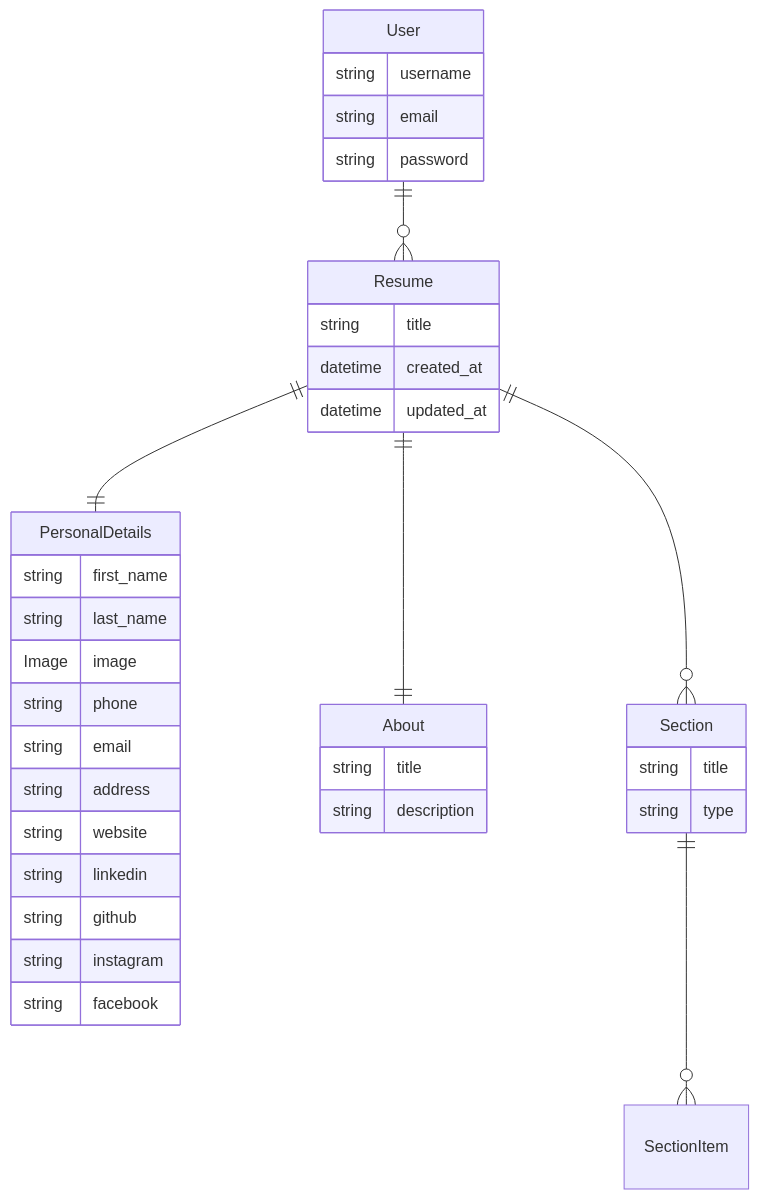
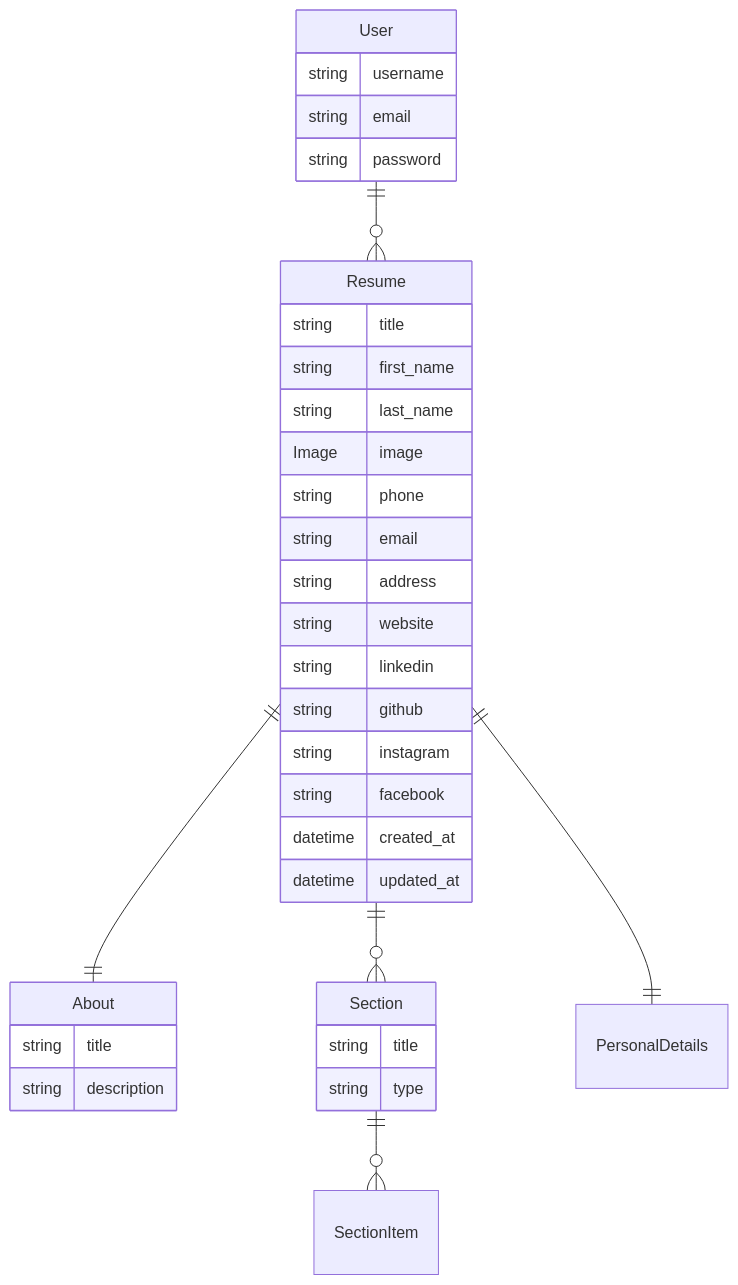
One commit to Guillaumecoi/Resume-builder changed the first of 2 diagrams in doc/model.md. Above: the diagram before and after it, drawn with Mermaid. The commit also changed 13 other files, not shown here.

Commit message:
Refactor resume and personal details models; remove PersonalDetails entity, update ResumeRequest and ResumeResponse, and enhance CRUD operations in ResumeController

````diff
--- a/doc/model.md
+++ b/doc/model.md
@@ -3,42 +3,40 @@
 ```mermaid
 erDiagram
     User {
         string username
         string email
         string password
     }
     Resume {
         string title
-        datetime created_at
-        datetime updated_at
-    }
-    PersonalDetails {
         string first_name
         string last_name
         Image image
         string phone
         string email
         string address
         string website
         string linkedin
         string github
         string instagram
         string facebook
+        datetime created_at
+        datetime updated_at
     }
     About {
         string title
         string description
     }
     Section {
         string title
         string type
     }
     SectionItem {
     }
 
     User ||--o{ Resume : ""
     Resume ||--o{ Section : ""
     Resume ||--|| PersonalDetails : ""
     Resume ||--|| About : ""
     Section ||--o{ SectionItem : ""
 ```
````
